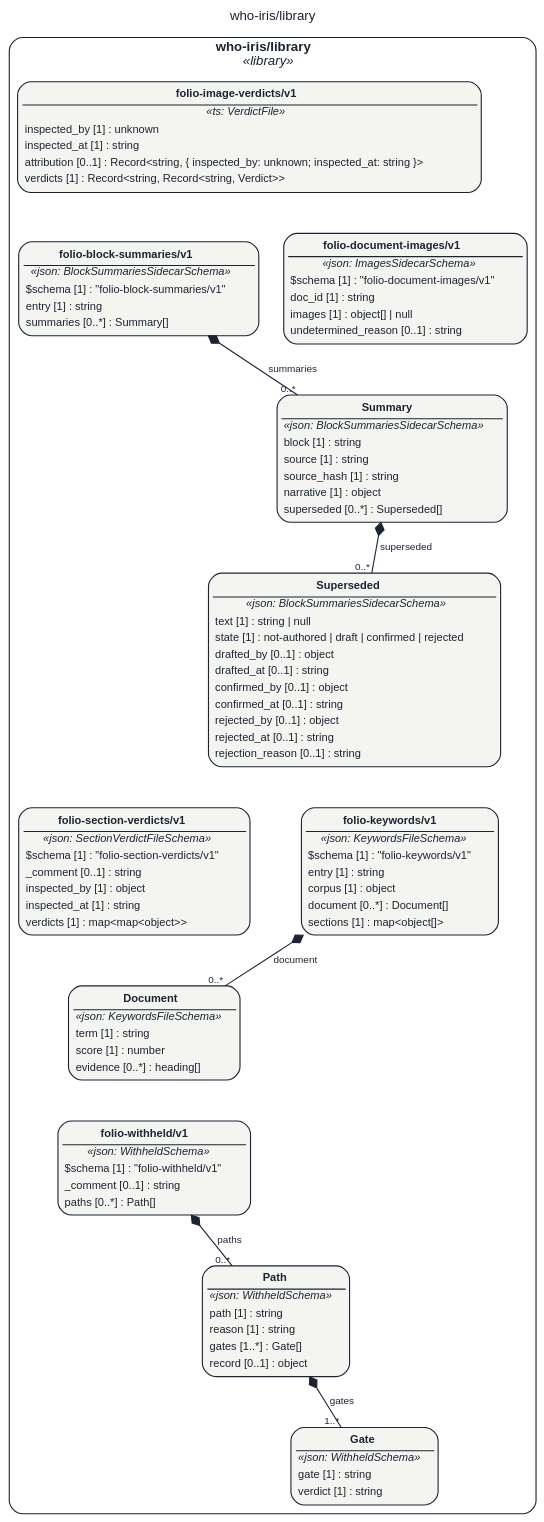
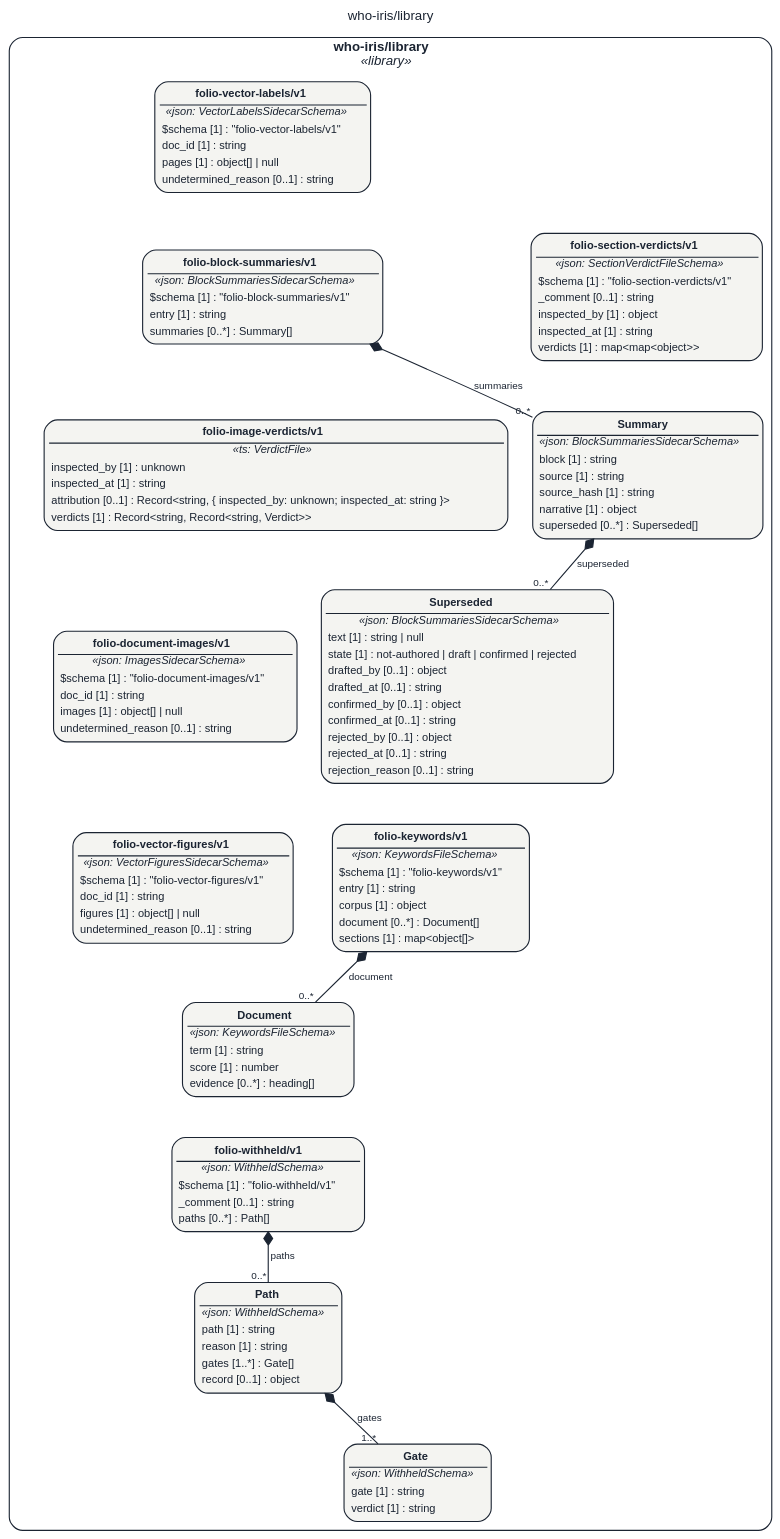
One commit to litlfred/smart-trust changed the diagram in assets/img/uml/overview/who-iris/library.dot. Above: the diagram before and after it, drawn with Graphviz. The commit also changed 1670 other files, not shown here.

```diff
--- a/assets/img/uml/overview/who-iris/library.dot
+++ b/assets/img/uml/overview/who-iris/library.dot
@@ -1,33 +1,37 @@
 // GENERATED by cat-harness-tools/scripts/gen-uml-overview.ts — do not edit.
 // Rendered page (interactive view, same model): https://litlfred.github.io/folio-assistant/uml/overview/who-iris/library.html
 digraph "who_iris_library" {
   graph [label="who-iris/library", labelloc=t, fontname="Helvetica", fontsize=12, fontcolor="#1b2432", newrank=true, ratio=auto, nodesep=0.3, ranksep=0.5, bgcolor="transparent"];
   node [shape=box, style="rounded,filled", margin=0.05, fontname="Helvetica", fontsize=10, color="#1b2432", fontcolor="#1b2432"];
   edge [color="#1b2432", fontcolor="#1b2432", fontname="Helvetica", fontsize=9];
   subgraph "cluster_pkg_who_iris_library" {
     label=<<b>who-iris/library</b><br/><i>«library»</i>>; style="rounded"; color="#1b2432"; class="fa_uml_subgraph";
     "who_iris_library_folio_document_images_v1_folio_document_images_v1" [fillcolor="#f4f4f1", class="fa_uml_kind_library", label=<<table border="0" cellborder="0" cellspacing="0" cellpadding="2"><tr><td border="1" sides="b"><b>folio-document-images/v1</b></td></tr><tr><td><i>«json: ImagesSidecarSchema»</i></td></tr><tr><td align="left">$schema [1] : &quot;folio-document-images/v1&quot;</td></tr><tr><td align="left">doc_id [1] : string</td></tr><tr><td align="left">images [1] : object[] | null</td></tr><tr><td align="left">undetermined_reason [0..1] : string</td></tr></table>>];
     "who_iris_library_folio_image_verdicts_v1" [fillcolor="#f4f4f1", class="fa_uml_kind_library", label=<<table border="0" cellborder="0" cellspacing="0" cellpadding="2"><tr><td border="1" sides="b"><b>folio-image-verdicts/v1</b></td></tr><tr><td><i>«ts: VerdictFile»</i></td></tr><tr><td align="left">inspected_by [1] : unknown</td></tr><tr><td align="left">inspected_at [1] : string</td></tr><tr><td align="left">attribution [0..1] : Record&lt;string, { inspected_by: unknown; inspected_at: string }&gt;</td></tr><tr><td align="left">verdicts [1] : Record&lt;string, Record&lt;string, Verdict&gt;&gt;</td></tr></table>>];
     "who_iris_library_folio_section_verdicts_v1_folio_section_verdicts_v1" [fillcolor="#f4f4f1", class="fa_uml_kind_library", label=<<table border="0" cellborder="0" cellspacing="0" cellpadding="2"><tr><td border="1" sides="b"><b>folio-section-verdicts/v1</b></td></tr><tr><td><i>«json: SectionVerdictFileSchema»</i></td></tr><tr><td align="left">$schema [1] : &quot;folio-section-verdicts/v1&quot;</td></tr><tr><td align="left">_comment [0..1] : string</td></tr><tr><td align="left">inspected_by [1] : object</td></tr><tr><td align="left">inspected_at [1] : string</td></tr><tr><td align="left">verdicts [1] : map&lt;map&lt;object&gt;&gt;</td></tr></table>>];
+    "who_iris_library_folio_vector_labels_v1_folio_vector_labels_v1" [fillcolor="#f4f4f1", class="fa_uml_kind_library", label=<<table border="0" cellborder="0" cellspacing="0" cellpadding="2"><tr><td border="1" sides="b"><b>folio-vector-labels/v1</b></td></tr><tr><td><i>«json: VectorLabelsSidecarSchema»</i></td></tr><tr><td align="left">$schema [1] : &quot;folio-vector-labels/v1&quot;</td></tr><tr><td align="left">doc_id [1] : string</td></tr><tr><td align="left">pages [1] : object[] | null</td></tr><tr><td align="left">undetermined_reason [0..1] : string</td></tr></table>>];
+    "who_iris_library_folio_vector_figures_v1_folio_vector_figures_v1" [fillcolor="#f4f4f1", class="fa_uml_kind_library", label=<<table border="0" cellborder="0" cellspacing="0" cellpadding="2"><tr><td border="1" sides="b"><b>folio-vector-figures/v1</b></td></tr><tr><td><i>«json: VectorFiguresSidecarSchema»</i></td></tr><tr><td align="left">$schema [1] : &quot;folio-vector-figures/v1&quot;</td></tr><tr><td align="left">doc_id [1] : string</td></tr><tr><td align="left">figures [1] : object[] | null</td></tr><tr><td align="left">undetermined_reason [0..1] : string</td></tr></table>>];
     "who_iris_library_folio_block_summaries_v1_Superseded" [fillcolor="#f4f4f1", class="fa_uml_kind_library", label=<<table border="0" cellborder="0" cellspacing="0" cellpadding="2"><tr><td border="1" sides="b"><b>Superseded</b></td></tr><tr><td><i>«json: BlockSummariesSidecarSchema»</i></td></tr><tr><td align="left">text [1] : string | null</td></tr><tr><td align="left">state [1] : not-authored | draft | confirmed | rejected</td></tr><tr><td align="left">drafted_by [0..1] : object</td></tr><tr><td align="left">drafted_at [0..1] : string</td></tr><tr><td align="left">confirmed_by [0..1] : object</td></tr><tr><td align="left">confirmed_at [0..1] : string</td></tr><tr><td align="left">rejected_by [0..1] : object</td></tr><tr><td align="left">rejected_at [0..1] : string</td></tr><tr><td align="left">rejection_reason [0..1] : string</td></tr></table>>];
     "who_iris_library_folio_block_summaries_v1_Summary" [fillcolor="#f4f4f1", class="fa_uml_kind_library", label=<<table border="0" cellborder="0" cellspacing="0" cellpadding="2"><tr><td border="1" sides="b"><b>Summary</b></td></tr><tr><td><i>«json: BlockSummariesSidecarSchema»</i></td></tr><tr><td align="left">block [1] : string</td></tr><tr><td align="left">source [1] : string</td></tr><tr><td align="left">source_hash [1] : string</td></tr><tr><td align="left">narrative [1] : object</td></tr><tr><td align="left">superseded [0..*] : Superseded[]</td></tr></table>>];
     "who_iris_library_folio_block_summaries_v1_folio_block_summaries_v1" [fillcolor="#f4f4f1", class="fa_uml_kind_library", label=<<table border="0" cellborder="0" cellspacing="0" cellpadding="2"><tr><td border="1" sides="b"><b>folio-block-summaries/v1</b></td></tr><tr><td><i>«json: BlockSummariesSidecarSchema»</i></td></tr><tr><td align="left">$schema [1] : &quot;folio-block-summaries/v1&quot;</td></tr><tr><td align="left">entry [1] : string</td></tr><tr><td align="left">summaries [0..*] : Summary[]</td></tr></table>>];
     "who_iris_library_folio_keywords_v1_Document" [fillcolor="#f4f4f1", class="fa_uml_kind_library", label=<<table border="0" cellborder="0" cellspacing="0" cellpadding="2"><tr><td border="1" sides="b"><b>Document</b></td></tr><tr><td><i>«json: KeywordsFileSchema»</i></td></tr><tr><td align="left">term [1] : string</td></tr><tr><td align="left">score [1] : number</td></tr><tr><td align="left">evidence [0..*] : heading[]</td></tr></table>>];
     "who_iris_library_folio_keywords_v1_folio_keywords_v1" [fillcolor="#f4f4f1", class="fa_uml_kind_library", label=<<table border="0" cellborder="0" cellspacing="0" cellpadding="2"><tr><td border="1" sides="b"><b>folio-keywords/v1</b></td></tr><tr><td><i>«json: KeywordsFileSchema»</i></td></tr><tr><td align="left">$schema [1] : &quot;folio-keywords/v1&quot;</td></tr><tr><td align="left">entry [1] : string</td></tr><tr><td align="left">corpus [1] : object</td></tr><tr><td align="left">document [0..*] : Document[]</td></tr><tr><td align="left">sections [1] : map&lt;object[]&gt;</td></tr></table>>];
     "who_iris_library_folio_withheld_v1_Gate" [fillcolor="#f4f4f1", class="fa_uml_kind_library", label=<<table border="0" cellborder="0" cellspacing="0" cellpadding="2"><tr><td border="1" sides="b"><b>Gate</b></td></tr><tr><td><i>«json: WithheldSchema»</i></td></tr><tr><td align="left">gate [1] : string</td></tr><tr><td align="left">verdict [1] : string</td></tr></table>>];
     "who_iris_library_folio_withheld_v1_Path" [fillcolor="#f4f4f1", class="fa_uml_kind_library", label=<<table border="0" cellborder="0" cellspacing="0" cellpadding="2"><tr><td border="1" sides="b"><b>Path</b></td></tr><tr><td><i>«json: WithheldSchema»</i></td></tr><tr><td align="left">path [1] : string</td></tr><tr><td align="left">reason [1] : string</td></tr><tr><td align="left">gates [1..*] : Gate[]</td></tr><tr><td align="left">record [0..1] : object</td></tr></table>>];
     "who_iris_library_folio_withheld_v1_folio_withheld_v1" [fillcolor="#f4f4f1", class="fa_uml_kind_library", label=<<table border="0" cellborder="0" cellspacing="0" cellpadding="2"><tr><td border="1" sides="b"><b>folio-withheld/v1</b></td></tr><tr><td><i>«json: WithheldSchema»</i></td></tr><tr><td align="left">$schema [1] : &quot;folio-withheld/v1&quot;</td></tr><tr><td align="left">_comment [0..1] : string</td></tr><tr><td align="left">paths [0..*] : Path[]</td></tr></table>>];
   }
   "who_iris_library_folio_block_summaries_v1_Summary" -> "who_iris_library_folio_block_summaries_v1_Superseded" [dir=both, arrowtail=diamond, arrowhead=none, label="superseded", headlabel="0..*", class="fa_uml_composition"];
   "who_iris_library_folio_block_summaries_v1_folio_block_summaries_v1" -> "who_iris_library_folio_block_summaries_v1_Summary" [dir=both, arrowtail=diamond, arrowhead=none, label="summaries", headlabel="0..*", class="fa_uml_composition"];
   "who_iris_library_folio_keywords_v1_folio_keywords_v1" -> "who_iris_library_folio_keywords_v1_Document" [dir=both, arrowtail=diamond, arrowhead=none, label="document", headlabel="0..*", class="fa_uml_composition"];
   "who_iris_library_folio_withheld_v1_Path" -> "who_iris_library_folio_withheld_v1_Gate" [dir=both, arrowtail=diamond, arrowhead=none, label="gates", headlabel="1..*", class="fa_uml_composition"];
   "who_iris_library_folio_withheld_v1_folio_withheld_v1" -> "who_iris_library_folio_withheld_v1_Path" [dir=both, arrowtail=diamond, arrowhead=none, label="paths", headlabel="0..*", class="fa_uml_composition"];
-  "who_iris_library_folio_document_images_v1_folio_document_images_v1" -> "who_iris_library_folio_block_summaries_v1_Summary" [style=invis, class="kg-graph-anchor"];
-  "who_iris_library_folio_image_verdicts_v1" -> "who_iris_library_folio_block_summaries_v1_folio_block_summaries_v1" [style=invis, class="kg-graph-anchor"];
-  "who_iris_library_folio_section_verdicts_v1_folio_section_verdicts_v1" -> "who_iris_library_folio_keywords_v1_Document" [style=invis, class="kg-graph-anchor"];
+  "who_iris_library_folio_document_images_v1_folio_document_images_v1" -> "who_iris_library_folio_vector_figures_v1_folio_vector_figures_v1" [style=invis, class="kg-graph-anchor"];
+  "who_iris_library_folio_image_verdicts_v1" -> "who_iris_library_folio_block_summaries_v1_Superseded" [style=invis, class="kg-graph-anchor"];
+  "who_iris_library_folio_section_verdicts_v1_folio_section_verdicts_v1" -> "who_iris_library_folio_block_summaries_v1_Summary" [style=invis, class="kg-graph-anchor"];
+  "who_iris_library_folio_vector_labels_v1_folio_vector_labels_v1" -> "who_iris_library_folio_block_summaries_v1_folio_block_summaries_v1" [style=invis, class="kg-graph-anchor"];
+  "who_iris_library_folio_vector_figures_v1_folio_vector_figures_v1" -> "who_iris_library_folio_keywords_v1_Document" [style=invis, class="kg-graph-anchor"];
   "who_iris_library_folio_block_summaries_v1_Superseded" -> "who_iris_library_folio_keywords_v1_folio_keywords_v1" [style=invis, class="kg-graph-anchor"];
   "who_iris_library_folio_block_summaries_v1_Summary" -> "who_iris_library_folio_withheld_v1_Gate" [style=invis, class="kg-graph-anchor"];
   "who_iris_library_folio_block_summaries_v1_folio_block_summaries_v1" -> "who_iris_library_folio_withheld_v1_Path" [style=invis, class="kg-graph-anchor"];
   "who_iris_library_folio_keywords_v1_Document" -> "who_iris_library_folio_withheld_v1_folio_withheld_v1" [style=invis, class="kg-graph-anchor"];
 }
```
